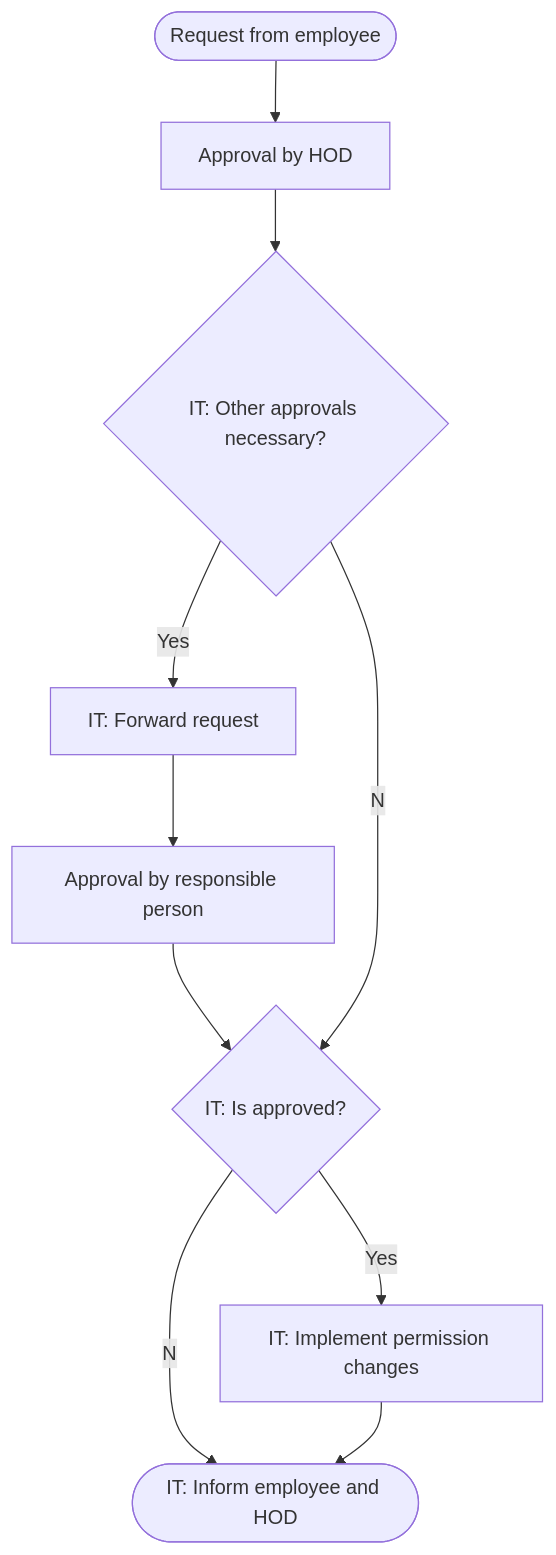
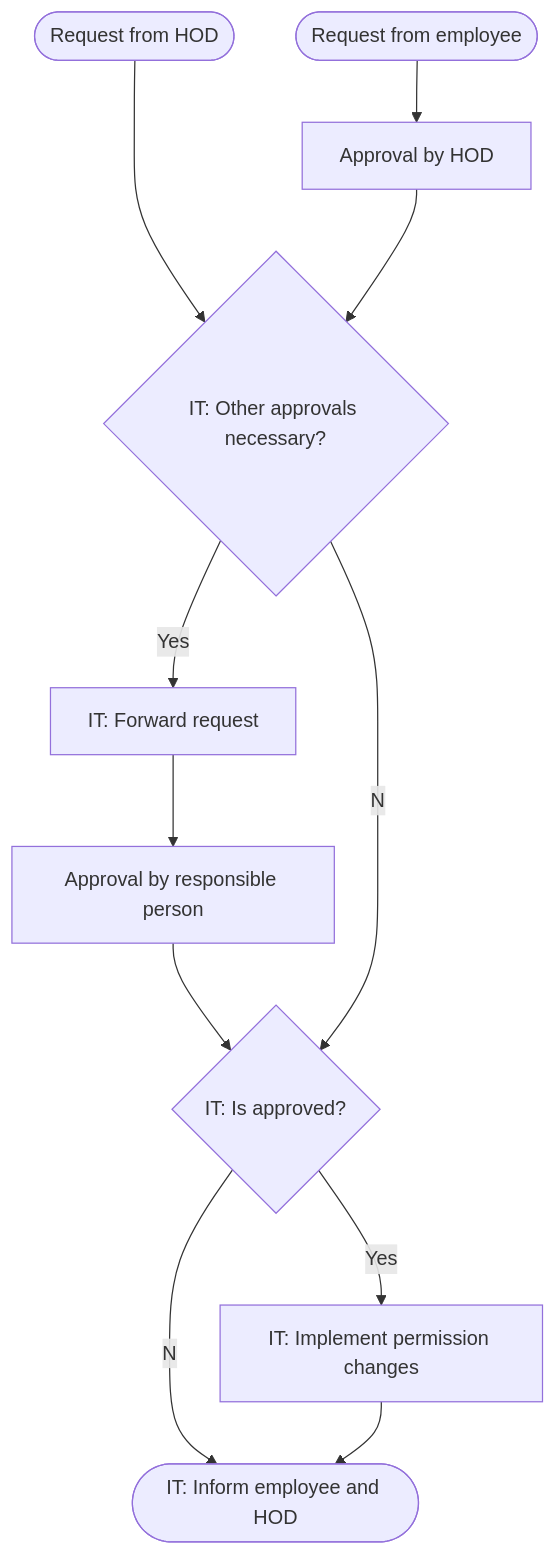
The diagram in Policies & Guidelines/IT/Permission Change Management.md (Karaka-Management/Organization-Guide), drawn with Mermaid before and after one commit. The commit also changed other lines of this file, not shown here.

Commit message:
Update Permission Change Management.md

````diff
--- a/Policies & Guidelines/IT/Permission Change Management.md
+++ b/Policies & Guidelines/IT/Permission Change Management.md
@@ -3,12 +7,13 @@
 ```mermaid
 graph TD;
-  REQUEST([Request from employee])-->APPROVAL_HOD[Approval by HOD];
-  APPROVAL_HOD-->IT_CHECKS{IT: Other approvals necessary?};
+  REQUEST_HOD([Request from HOD])--->IT_CHECKS{IT: Other approvals necessary?};
+  REQUEST_STAFF([Request from employee])-->APPROVAL_HOD[Approval by HOD];
+  APPROVAL_HOD-->IT_CHECKS;
   IT_CHECKS--Yes-->FORWARD[IT: Forward request];
   FORWARD-->APPROVAL_RESPONSIBLE[Approval by responsible person];
   APPROVAL_RESPONSIBLE-->VALIDATE{IT: Is approved?};
   IT_CHECKS--No-->VALIDATE;
   VALIDATE--Yes-->IMPLEMENT[IT: Implement permission changes];
   VALIDATE--No-->INFORM([IT: Inform employee and HOD]);
   IMPLEMENT-->INFORM;
 ```
````
